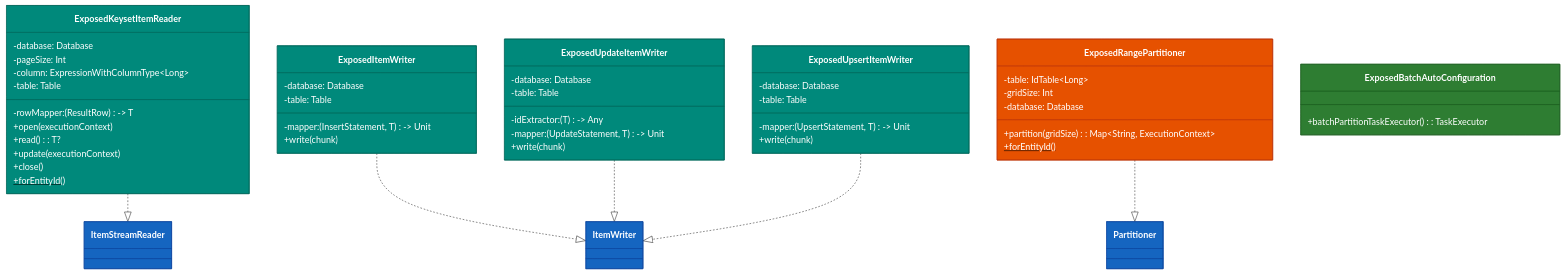
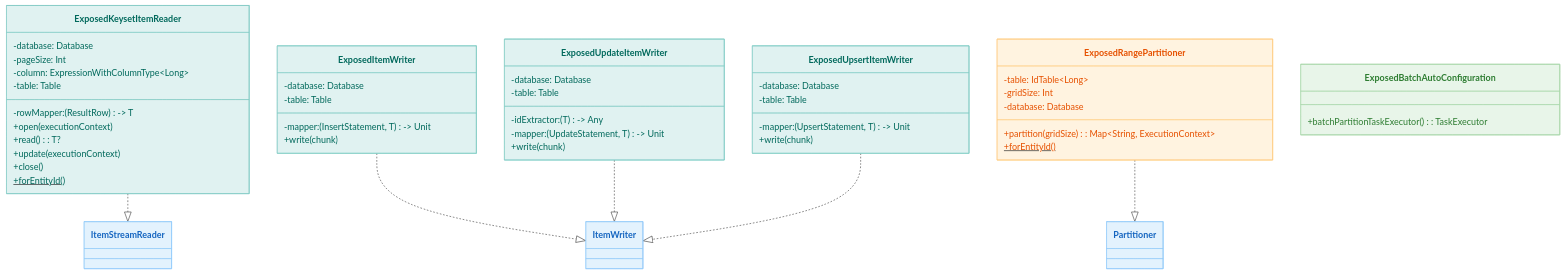
One commit to bluetape4k/bluetape4k-projects changed the first of 3 diagrams in spring-boot3/batch-exposed/README.ko.md. Above: the diagram before and after it, drawn with Mermaid. The commit also changed other lines of this file and 219 other files, not shown here.

First line of the commit message:
docs: 전체 README Mermaid 다이어그램 가이드 적용

````diff
--- a/spring-boot3/batch-exposed/README.ko.md
+++ b/spring-boot3/batch-exposed/README.ko.md
@@ -13,60 +13,60 @@
 ```mermaid
 classDiagram
     class ExposedKeysetItemReader {
         -database: Database
         -pageSize: Int
         -column: ExpressionWithColumnType~Long~
         -table: Table
         -rowMapper: (ResultRow) -> T
         +open(executionContext)
         +read(): T?
         +update(executionContext)
         +close()
         +forEntityId()$
     }
     class ExposedItemWriter {
         -database: Database
         -table: Table
         -mapper: (InsertStatement, T) -> Unit
         +write(chunk)
     }
     class ExposedUpdateItemWriter {
         -database: Database
         -table: Table
         -idExtractor: (T) -> Any
         -mapper: (UpdateStatement, T) -> Unit
         +write(chunk)
     }
     class ExposedUpsertItemWriter {
         -database: Database
         -table: Table
         -mapper: (UpsertStatement, T) -> Unit
         +write(chunk)
     }
     class ExposedRangePartitioner {
         -table: IdTable~Long~
         -gridSize: Int
         -database: Database
         +partition(gridSize): Map~String, ExecutionContext~
         +forEntityId()$
     }
     class ExposedBatchAutoConfiguration {
         +batchPartitionTaskExecutor(): TaskExecutor
     }
 
     ExposedKeysetItemReader ..|> ItemStreamReader
     ExposedItemWriter ..|> ItemWriter
     ExposedUpdateItemWriter ..|> ItemWriter
     ExposedUpsertItemWriter ..|> ItemWriter
     ExposedRangePartitioner ..|> Partitioner
 
-    style ExposedKeysetItemReader fill:#00897B,stroke:#00695C,color:#FFFFFF
-    style ExposedItemWriter fill:#00897B,stroke:#00695C,color:#FFFFFF
-    style ExposedUpdateItemWriter fill:#00897B,stroke:#00695C,color:#FFFFFF
-    style ExposedUpsertItemWriter fill:#00897B,stroke:#00695C,color:#FFFFFF
-    style ExposedRangePartitioner fill:#E65100,stroke:#BF360C,color:#FFFFFF
-    style ExposedBatchAutoConfiguration fill:#2E7D32,stroke:#1B5E20,color:#FFFFFF
-    style ItemStreamReader fill:#1565C0,stroke:#0D47A1,color:#FFFFFF
-    style ItemWriter fill:#1565C0,stroke:#0D47A1,color:#FFFFFF
-    style Partitioner fill:#1565C0,stroke:#0D47A1,color:#FFFFFF
+    style ExposedKeysetItemReader fill:#E0F2F1,stroke:#80CBC4,color:#00695C
+    style ExposedItemWriter fill:#E0F2F1,stroke:#80CBC4,color:#00695C
+    style ExposedUpdateItemWriter fill:#E0F2F1,stroke:#80CBC4,color:#00695C
+    style ExposedUpsertItemWriter fill:#E0F2F1,stroke:#80CBC4,color:#00695C
+    style ExposedRangePartitioner fill:#FFF3E0,stroke:#FFCC80,color:#E65100
+    style ExposedBatchAutoConfiguration fill:#E8F5E9,stroke:#A5D6A7,color:#2E7D32
+    style ItemStreamReader fill:#E3F2FD,stroke:#90CAF9,color:#1565C0
+    style ItemWriter fill:#E3F2FD,stroke:#90CAF9,color:#1565C0
+    style Partitioner fill:#E3F2FD,stroke:#90CAF9,color:#1565C0
 ```
````
